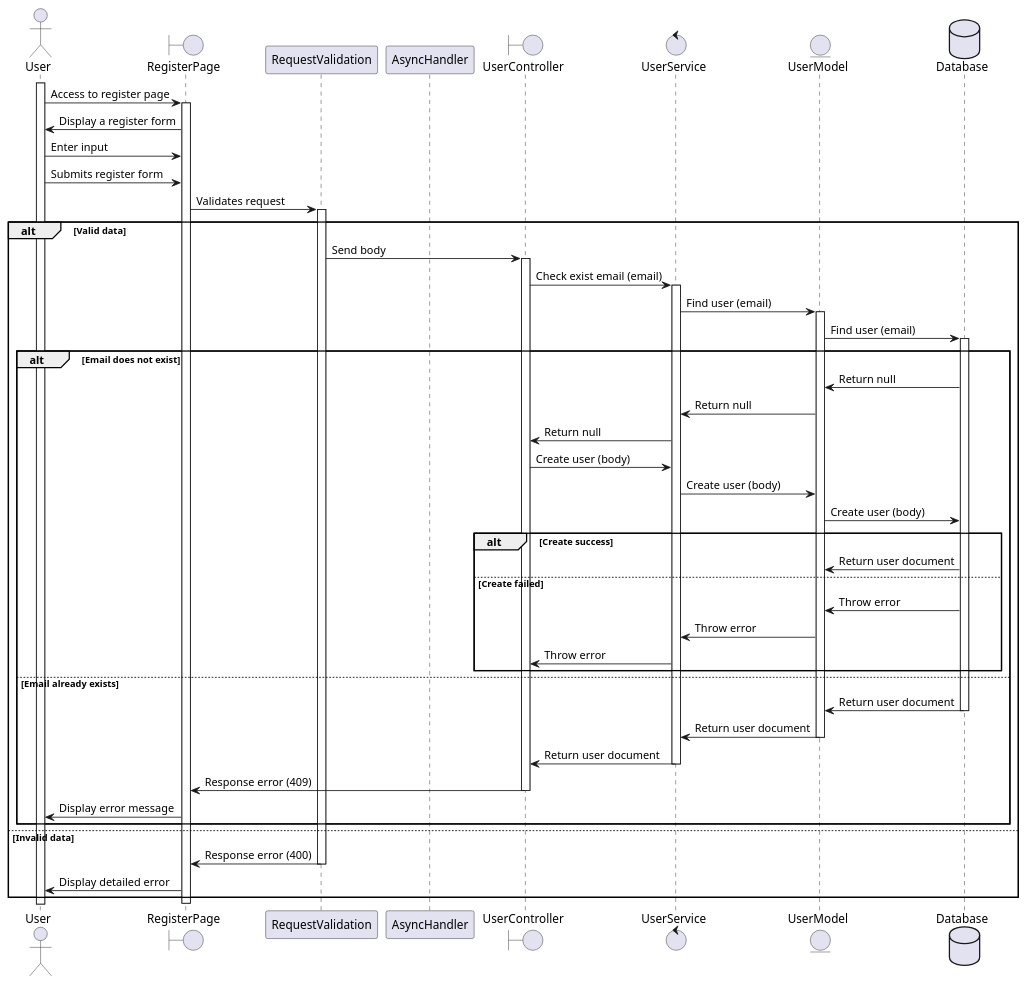
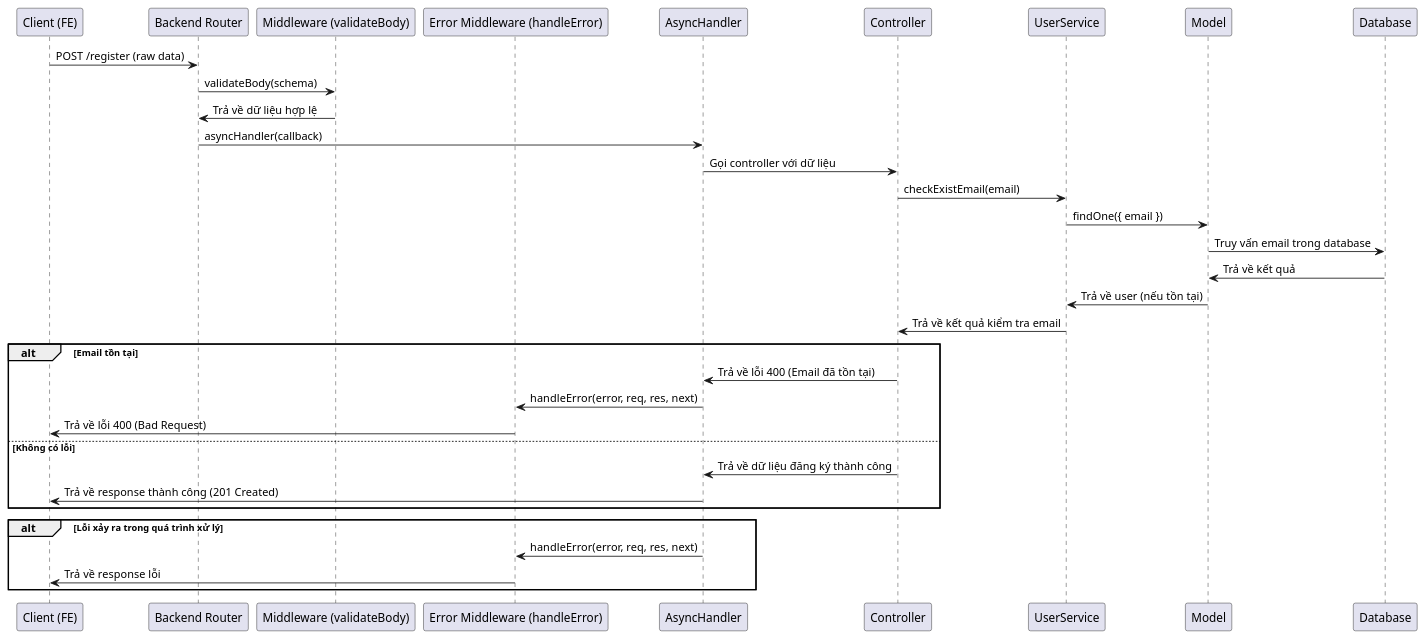
One commit to hiusnguyen201/BE_ClothingShop changed the diagram in docs/sequences/UC1-RegisterViaEmailPassword.wsd. Above: the diagram before and after it, drawn with PlantUML. The commit also changed 77 other files, not shown here.

```diff
--- a/docs/sequences/UC1-RegisterViaEmailPassword.wsd
+++ b/docs/sequences/UC1-RegisterViaEmailPassword.wsd
@@ -1,82 +1,39 @@
 @startuml
-actor       User       
-boundary    RegisterPage 
-participant RequestValidation
-participant AsyncHandler
-boundary    UserController  
-control     UserService
-entity      UserModel     
-database    Database 
+participant "Client (FE)" as FE
+participant "Backend Router" as Router
+participant "Middleware (validateBody)" as Middleware
+participant "Error Middleware (handleError)" as ErrorMiddleware
+participant "AsyncHandler" as AsyncHandler
+participant "Controller" as Controller
+participant "UserService" as UserService
+participant "Model" as Model
+participant "Database" as DB
 
-activate User
-User -> RegisterPage : Access to register page
-activate RegisterPage
+FE -> Router: POST /register (raw data)
+Router -> Middleware: validateBody(schema)
+Middleware -> Router: Trả về dữ liệu hợp lệ
 
-RegisterPage -> User: Display a register form
-User -> RegisterPage : Enter input
-User -> RegisterPage : Submits register form
+Router -> AsyncHandler: asyncHandler(callback)
+AsyncHandler -> Controller: Gọi controller với dữ liệu
 
-RegisterPage -> RequestValidation: Validates request
-activate RequestValidation
+Controller -> UserService: checkExistEmail(email)
+UserService -> Model: findOne({ email })
+Model -> DB: Truy vấn email trong database
+DB -> Model: Trả về kết quả
+Model -> UserService: Trả về user (nếu tồn tại)
+UserService -> Controller: Trả về kết quả kiểm tra email
 
-alt Valid data
-    RequestValidation -> UserController : Send body
-    activate UserController
-
-    UserController -> UserService : Check exist email (email)
-    activate UserService
-
-    UserService -> UserModel: Find user (email)
-    activate UserModel
-
-    UserModel -> Database : Find user (email)
-    activate Database
-
-    alt Email does not exist
-        Database -> UserModel: Return null
-
-        UserModel -> UserService: Return null
-
-        UserService -> UserController: Return null
-
-        UserController -> UserService: Create user (body)
-
-        UserService -> UserModel: Create user (body)
-
-        UserModel -> Database: Create user (body)
-
-        alt Create success
-            Database -> UserModel: Return user document
-        else Create failed
-            Database -> UserModel: Throw error
-
-            UserModel -> UserService: Throw error
-
-            UserService -> UserController: Throw error
-        end
-
-    else Email already exists
-        Database -> UserModel: Return user document
-        deactivate Database
-
-        UserModel -> UserService: Return user document
-        deactivate UserModel
-
-        UserService -> UserController: Return user document
-        deactivate UserService
-
-        UserController -> RegisterPage: Response error (409)
-        deactivate UserController
-
-        RegisterPage -> User: Display error message
-    end
-else Invalid data
-    RequestValidation -> RegisterPage : Response error (400)
-    deactivate RequestValidation
-
-    RegisterPage -> User: Display detailed error
+alt Email tồn tại
+    Controller -> AsyncHandler: Trả về lỗi 400 (Email đã tồn tại)
+    AsyncHandler -> ErrorMiddleware: handleError(error, req, res, next)
+    ErrorMiddleware -> FE: Trả về lỗi 400 (Bad Request)
+else Không có lỗi
+    Controller -> AsyncHandler: Trả về dữ liệu đăng ký thành công
+    AsyncHandler -> FE: Trả về response thành công (201 Created)
 end
 
-deactivate RegisterPage
-
+alt Lỗi xảy ra trong quá trình xử lý
+    AsyncHandler -> ErrorMiddleware: handleError(error, req, res, next)
+    ErrorMiddleware -> FE: Trả về response lỗi
+end
 @enduml
```
